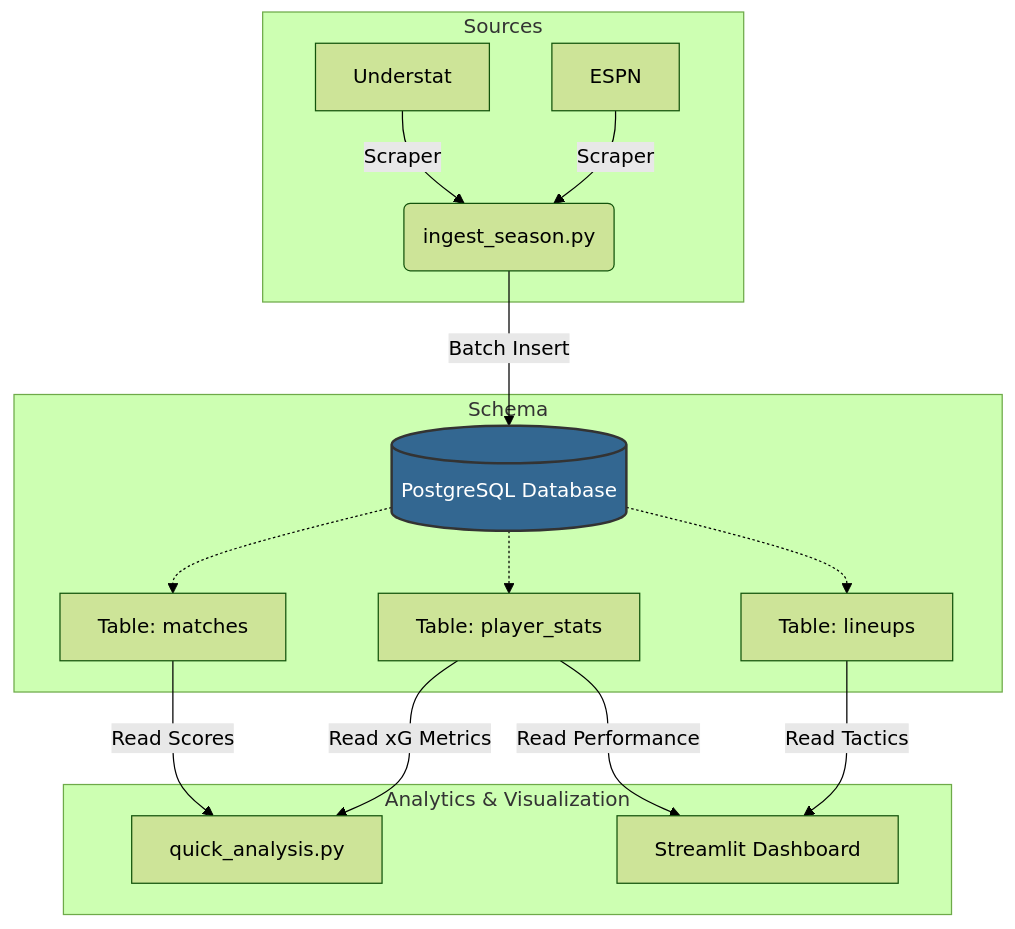
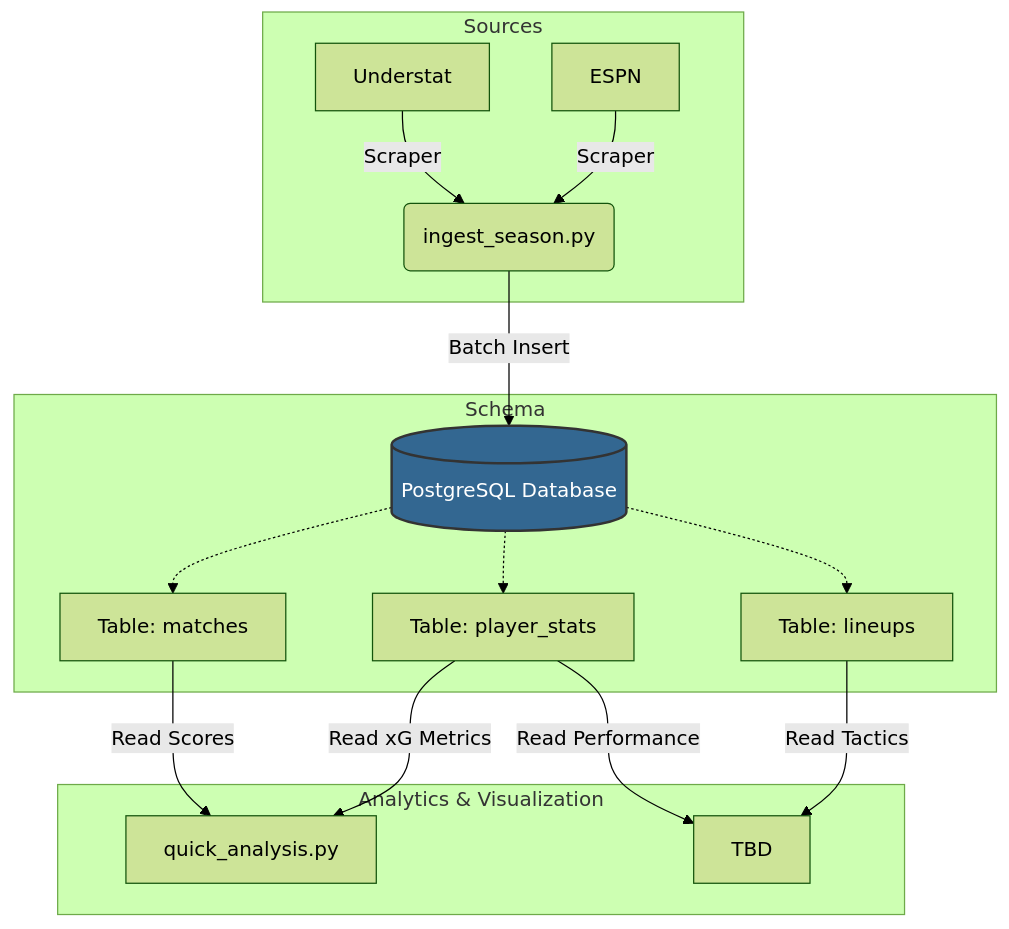
One commit to lucasavila23/spanish_football_analytics changed the diagram in README.md. Above: the diagram before and after it, drawn with Mermaid (forest theme).

Commit message:
Perfected

````diff
--- a/README.md
+++ b/README.md
@@ -26,29 +26,29 @@
 ```mermaid
 graph TD
     %% 1. The Source Layer
     subgraph Sources
         A[Understat] -->|Scraper| C(ingest_season.py)
         B[ESPN] -->|Scraper| C
     end
 
     %% 2. The Storage Layer (The Hub)
     C -->|Batch Insert| DB[(PostgreSQL Database)]
     
     subgraph Schema
         DB -.-> T1[Table: matches]
         DB -.-> T2[Table: player_stats]
         DB -.-> T3[Table: lineups]
     end
 
     %% 3. The Analytics Layer
     subgraph "Analytics & Visualization"
         T1 -->|Read Scores| G[quick_analysis.py]
         T2 -->|Read xG Metrics| G
         
-        T2 -->|Read Performance| H[Streamlit Dashboard]
+        T2 -->|Read Performance| H[TBD]
         T3 -->|Read Tactics| H
     end
     
     %% Styling for the cool cylinder
     style DB fill:#336791,stroke:#333,stroke-width:2px,color:#fff
 ```
````
